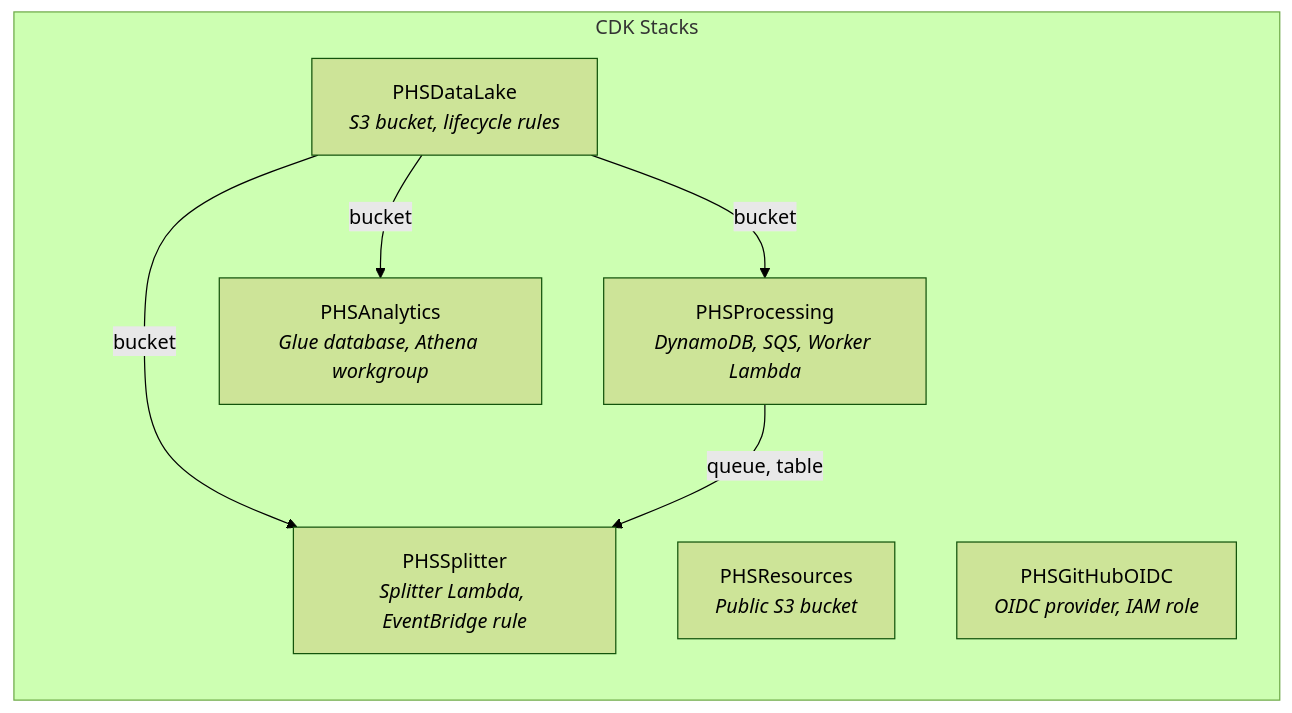
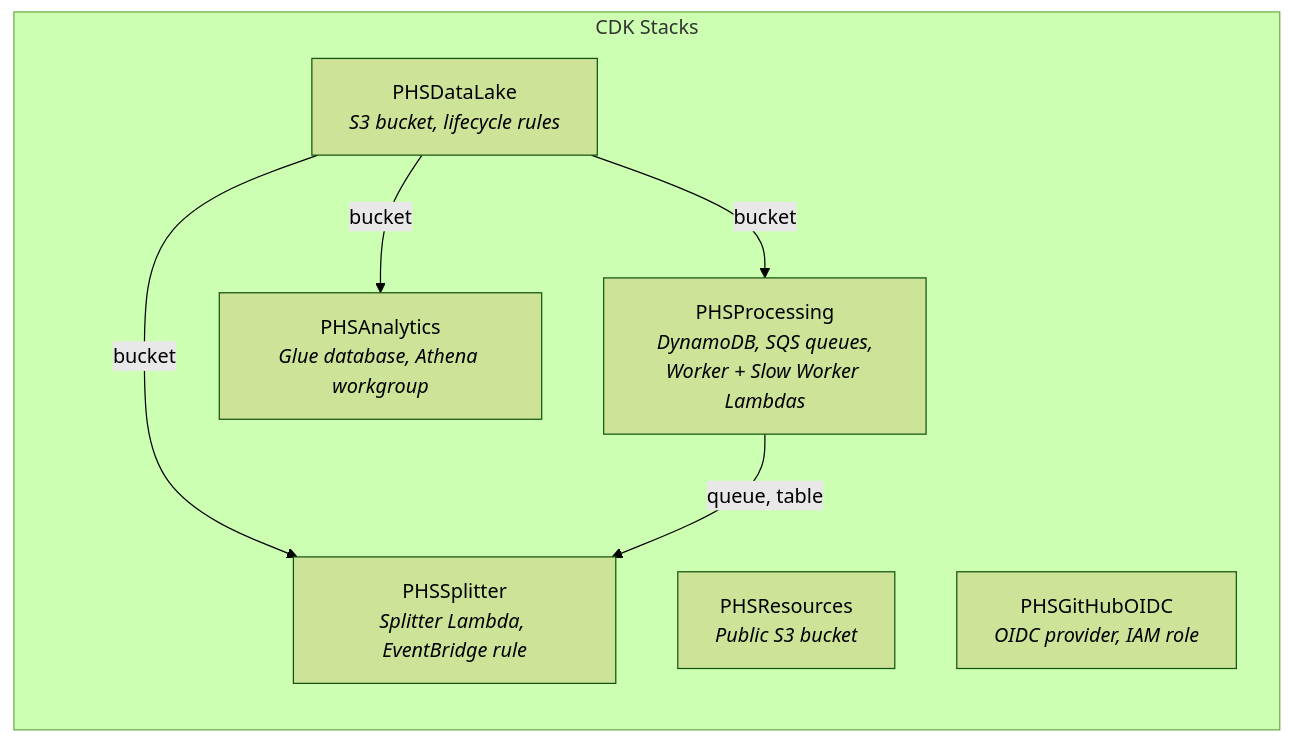
The third of 3 diagrams in packages/docs/docs/infrastructure/aws-pipeline.md (caverac/phspectra), drawn with Mermaid (forest theme) before and after one commit. The commit also changed other lines of this file and 19 other files, not shown here.

````diff
--- a/packages/docs/docs/infrastructure/aws-pipeline.md
+++ b/packages/docs/docs/infrastructure/aws-pipeline.md
@@ -272,16 +294,16 @@
 ```mermaid
 flowchart LR
     subgraph stacks["CDK Stacks"]
         DL["PHSDataLake<br/><i>S3 bucket, lifecycle rules</i>"]
-        PR["PHSProcessing<br/><i>DynamoDB, SQS, Worker Lambda</i>"]
+        PR["PHSProcessing<br/><i>DynamoDB, SQS queues,<br/>Worker + Slow Worker Lambdas</i>"]
         SL["PHSSplitter<br/><i>Splitter Lambda, EventBridge rule</i>"]
         AN["PHSAnalytics<br/><i>Glue database, Athena workgroup</i>"]
         RS["PHSResources<br/><i>Public S3 bucket</i>"]
         GH["PHSGitHubOIDC<br/><i>OIDC provider, IAM role</i>"]
     end
 
     DL -- "bucket" --> PR
     DL -- "bucket" --> SL
     DL -- "bucket" --> AN
     PR -- "queue, table" --> SL
 ```
````
